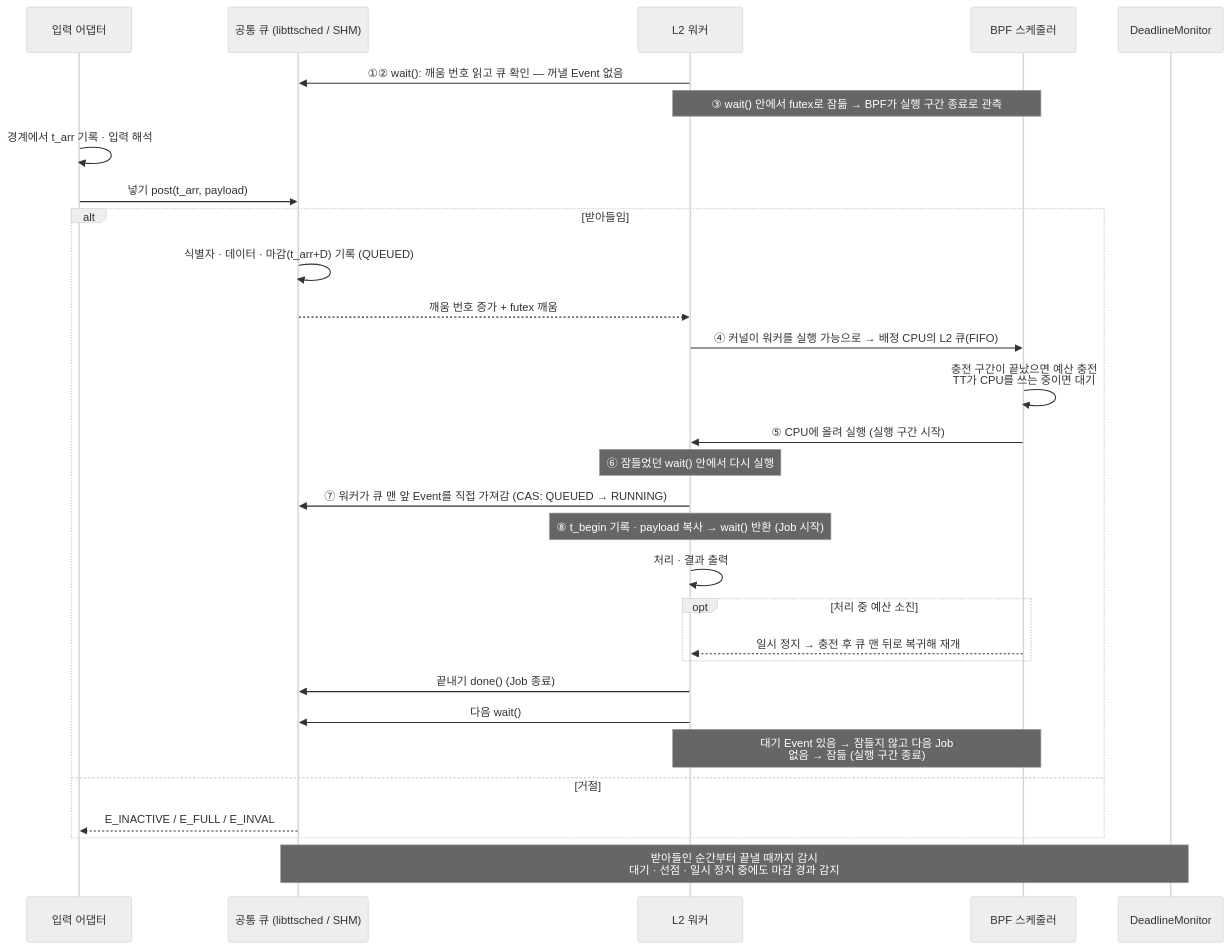
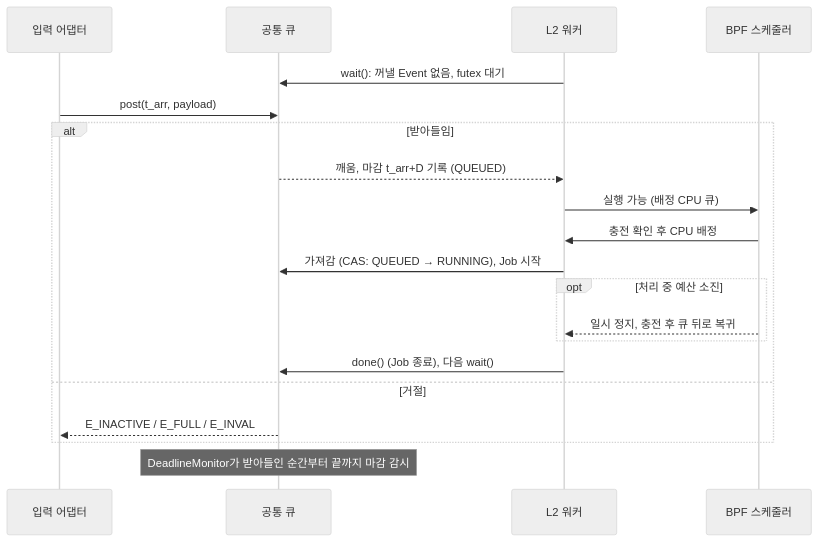
One commit to akshayg0314/timpani26 changed the second of 2 diagrams in doc/design/kor/OVERVIEW-008-event-driven-workload-support.md. Above: the diagram before and after it, drawn with Mermaid (neutral theme). The commit also changed other lines of this file and 1 other file, not shown here.

````diff
--- a/doc/design/kor/OVERVIEW-008-event-driven-workload-support.md
+++ b/doc/design/kor/OVERVIEW-008-event-driven-workload-support.md
@@ -242,32 +160,22 @@
 ```mermaid
 sequenceDiagram
     participant A as 입력 어댑터
-    participant Q as 공통 큐 (libttsched / SHM)
+    participant Q as 공통 큐
     participant W as L2 워커
     participant B as BPF 스케줄러
-    participant N as DeadlineMonitor
-    W->>Q: ①② wait(): 깨움 번호 읽고 큐 확인 — 꺼낼 Event 없음
-    Note over W,B: ③ wait() 안에서 futex로 잠듦 → BPF가 실행 구간 종료로 관측
-    A->>A: 경계에서 t_arr 기록 · 입력 해석
-    A->>Q: 넣기 post(t_arr, payload)
+    W->>Q: wait(): 꺼낼 Event 없음, futex 대기
+    A->>Q: post(t_arr, payload)
     alt 받아들임
-        Q->>Q: 식별자 · 데이터 · 마감(t_arr+D) 기록 (QUEUED)
-        Q-->>W: 깨움 번호 증가 + futex 깨움
-        W->>B: ④ 커널이 워커를 실행 가능으로 → 배정 CPU의 L2 큐(FIFO)
-        B->>B: 충전 구간이 끝났으면 예산 충전<br/>TT가 CPU를 쓰는 중이면 대기
-        B->>W: ⑤ CPU에 올려 실행 (실행 구간 시작)
-        Note over W: ⑥ 잠들었던 wait() 안에서 다시 실행
-        W->>Q: ⑦ 워커가 큐 맨 앞 Event를 직접 가져감 (CAS: QUEUED → RUNNING)
-        Note over W: ⑧ t_begin 기록 · payload 복사 → wait() 반환 (Job 시작)
-        W->>W: 처리 · 결과 출력
+        Q-->>W: 깨움, 마감 t_arr+D 기록 (QUEUED)
+        W->>B: 실행 가능 (배정 CPU 큐)
+        B->>W: 충전 확인 후 CPU 배정
+        W->>Q: 가져감 (CAS: QUEUED → RUNNING), Job 시작
         opt 처리 중 예산 소진
-            B-->>W: 일시 정지 → 충전 후 큐 맨 뒤로 복귀해 재개
+            B-->>W: 일시 정지, 충전 후 큐 뒤로 복귀
         end
-        W->>Q: 끝내기 done() (Job 종료)
-        W->>Q: 다음 wait()
-        Note over W,B: 대기 Event 있음 → 잠들지 않고 다음 Job<br/>없음 → 잠듦 (실행 구간 종료)
+        W->>Q: done() (Job 종료), 다음 wait()
     else 거절
         Q-->>A: E_INACTIVE / E_FULL / E_INVAL
     end
-    Note over Q,N: 받아들인 순간부터 끝낼 때까지 감시<br/>대기 · 선점 · 일시 정지 중에도 마감 경과 감지
+    Note over Q: DeadlineMonitor가 받아들인 순간부터 끝까지 마감 감시
 ```
````
